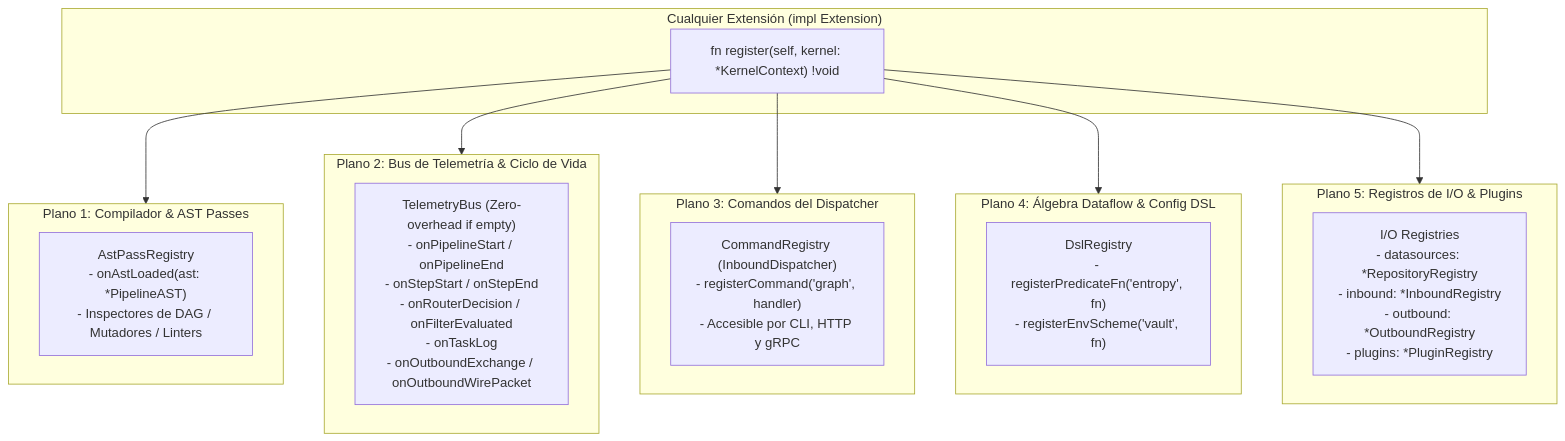
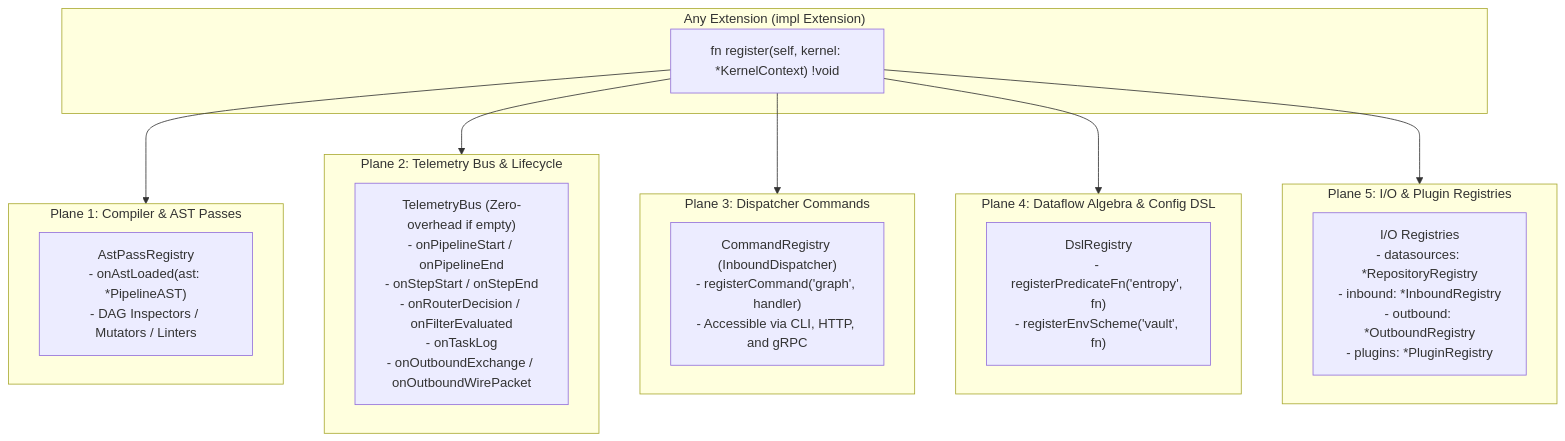
The first of 3 diagrams in docs/development/002-open-kernel-extension-system.md (g-gar/vidsec), drawn with Mermaid before and after one commit. The commit also changed other lines of this file and 6 other files, not shown here.

````diff
--- a/docs/development/002-open-kernel-extension-system.md
+++ b/docs/development/002-open-kernel-extension-system.md
@@ -31,28 +31,28 @@
 ```mermaid
 flowchart TB
-    subgraph ExtLayer["Cualquier Extensión (impl Extension)"]
+    subgraph ExtLayer["Any Extension (impl Extension)"]
         E["fn register(self, kernel: *KernelContext) !void"]
     end
 
     E --> P1 & P2 & P3 & P4 & P5
 
-    subgraph P1["Plano 1: Compilador & AST Passes"]
-        AstReg["AstPassRegistry<br/>- onAstLoaded(ast: *PipelineAST)<br/>- Inspectores de DAG / Mutadores / Linters"]
+    subgraph P1["Plane 1: Compiler & AST Passes"]
+        AstReg["AstPassRegistry<br/>- onAstLoaded(ast: *PipelineAST)<br/>- DAG Inspectors / Mutators / Linters"]
     end
 
-    subgraph P2["Plano 2: Bus de Telemetría & Ciclo de Vida"]
+    subgraph P2["Plane 2: Telemetry Bus & Lifecycle"]
         TelBus["TelemetryBus (Zero-overhead if empty)<br/>- onPipelineStart / onPipelineEnd<br/>- onStepStart / onStepEnd<br/>- onRouterDecision / onFilterEvaluated<br/>- onTaskLog<br/>- onOutboundExchange / onOutboundWirePacket"]
     end
 
-    subgraph P3["Plano 3: Comandos del Dispatcher"]
-        CmdReg["CommandRegistry (InboundDispatcher)<br/>- registerCommand('graph', handler)<br/>- Accesible por CLI, HTTP y gRPC"]
+    subgraph P3["Plane 3: Dispatcher Commands"]
+        CmdReg["CommandRegistry (InboundDispatcher)<br/>- registerCommand('graph', handler)<br/>- Accessible via CLI, HTTP, and gRPC"]
     end
 
-    subgraph P4["Plano 4: Álgebra Dataflow & Config DSL"]
+    subgraph P4["Plane 4: Dataflow Algebra & Config DSL"]
         DslReg["DslRegistry<br/>- registerPredicateFn('entropy', fn)<br/>- registerEnvScheme('vault', fn)"]
     end
 
-    subgraph P5["Plano 5: Registros de I/O & Plugins"]
+    subgraph P5["Plane 5: I/O & Plugin Registries"]
         IoReg["I/O Registries<br/>- datasources: *RepositoryRegistry<br/>- inbound: *InboundRegistry<br/>- outbound: *OutboundRegistry<br/>- plugins: *PluginRegistry"]
     end
 ```
````
